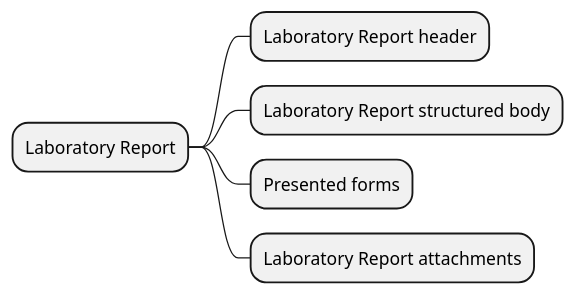
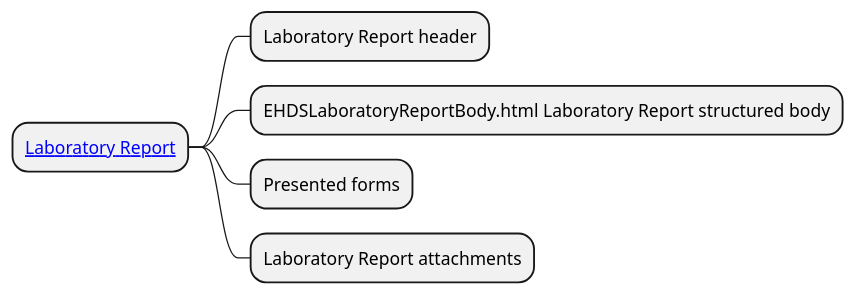
The diagram in input/images-source/labReport_CIM.plantuml (Xt-EHR/xt-ehr-common), drawn with PlantUML before and after one commit. The commit also changed 12 other files, not shown here.

```diff
--- a/input/images-source/labReport_CIM.plantuml
+++ b/input/images-source/labReport_CIM.plantuml
@@ -1,7 +1,8 @@
 @startmindmap
-* Laboratory Report
+skinparam topurl StructureDefinition-
+* [[EHDSLaboratoryReport.html Laboratory Report]]
 ** Laboratory Report header
-** Laboratory Report structured body
+** EHDSLaboratoryReportBody.html Laboratory Report structured body
 ** Presented forms
 ** Laboratory Report attachments
 @endmindmap
```
